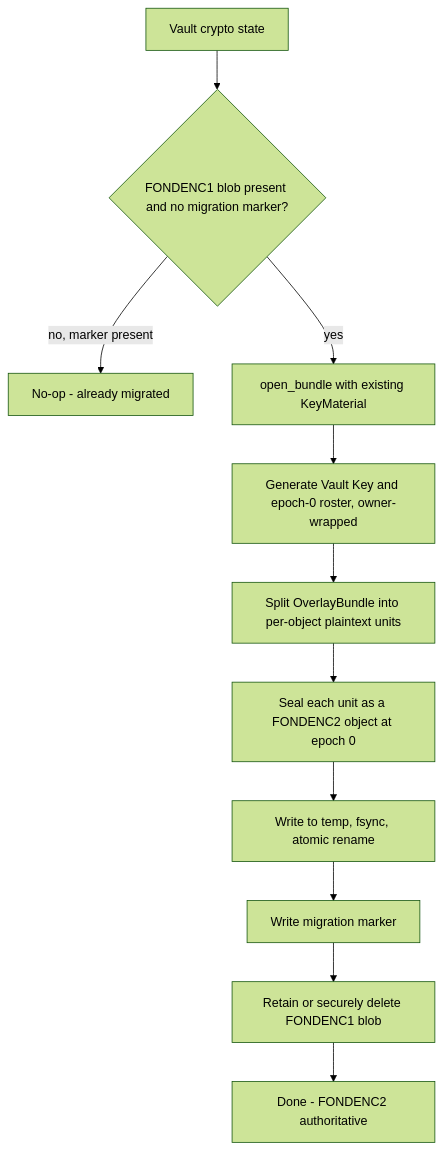
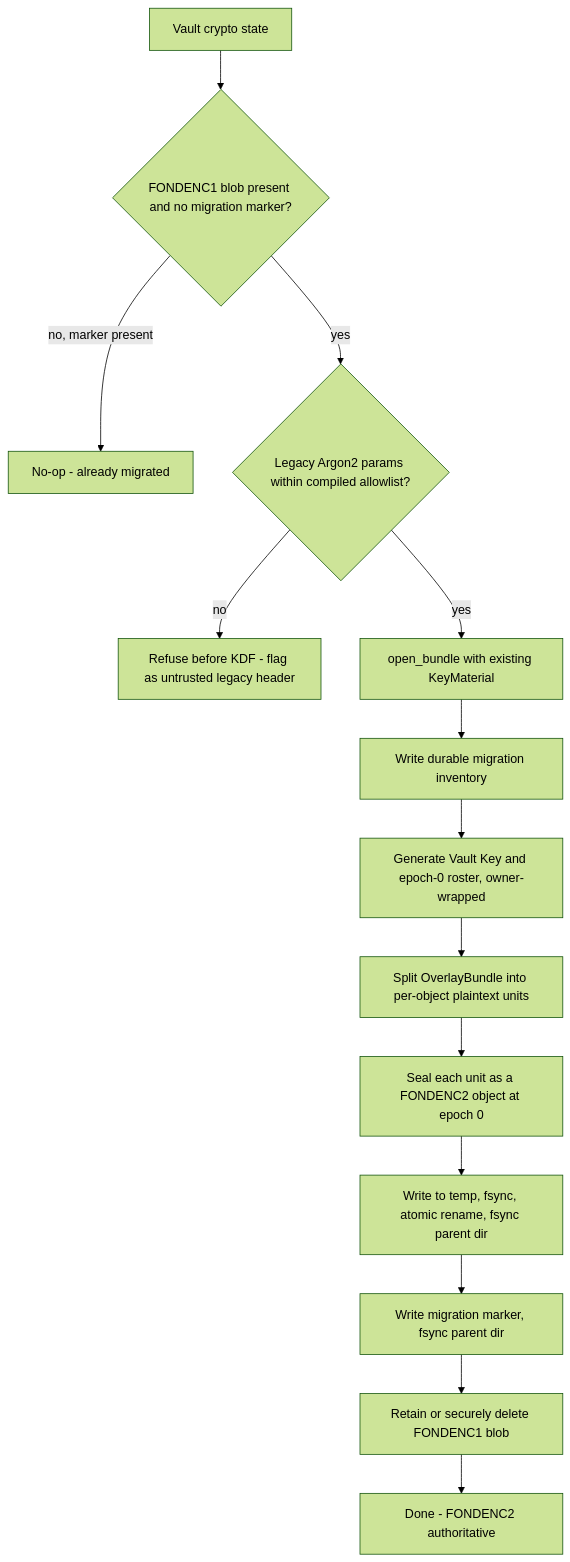
Before and after one commit to kafkade/fond: the third of 3 diagrams in docs/adr/020-zero-knowledge-identity.md, drawn with Mermaid (forest theme). The commit also changed other lines of this file and 1 other file, not shown here.

````diff
--- a/docs/adr/020-zero-knowledge-identity.md
+++ b/docs/adr/020-zero-knowledge-identity.md
@@ -614,13 +973,16 @@
 ```mermaid
 flowchart TD
     A[Vault crypto state] --> B{FONDENC1 blob present and no migration marker?}
     B -->|no, marker present| Z[No-op - already migrated]
-    B -->|yes| C[open_bundle with existing KeyMaterial]
-    C --> D[Generate Vault Key and epoch-0 roster, owner-wrapped]
+    B -->|yes| P{Legacy Argon2 params within compiled allowlist?}
+    P -->|no| X[Refuse before KDF - flag as untrusted legacy header]
+    P -->|yes| C[open_bundle with existing KeyMaterial]
+    C --> INV[Write durable migration inventory]
+    INV --> D[Generate Vault Key and epoch-0 roster, owner-wrapped]
     D --> E[Split OverlayBundle into per-object plaintext units]
     E --> F[Seal each unit as a FONDENC2 object at epoch 0]
-    F --> G[Write to temp, fsync, atomic rename]
-    G --> H[Write migration marker]
+    F --> G[Write to temp, fsync, atomic rename, fsync parent dir]
+    G --> H[Write migration marker, fsync parent dir]
     H --> I[Retain or securely delete FONDENC1 blob]
     I --> J[Done - FONDENC2 authoritative]
 ```
````
